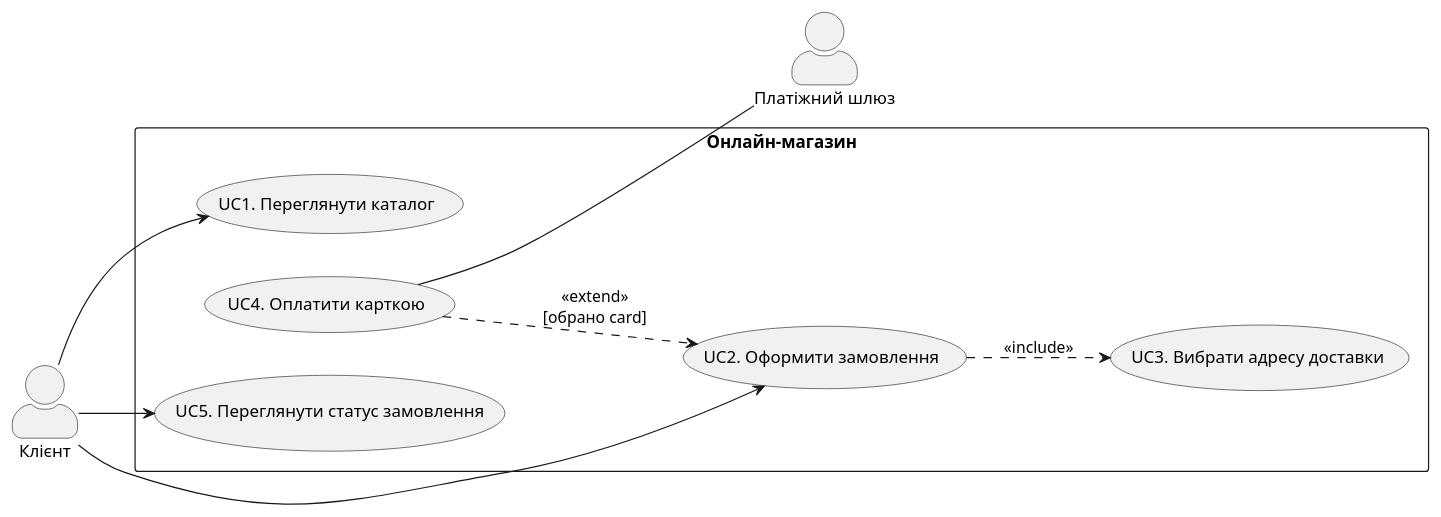
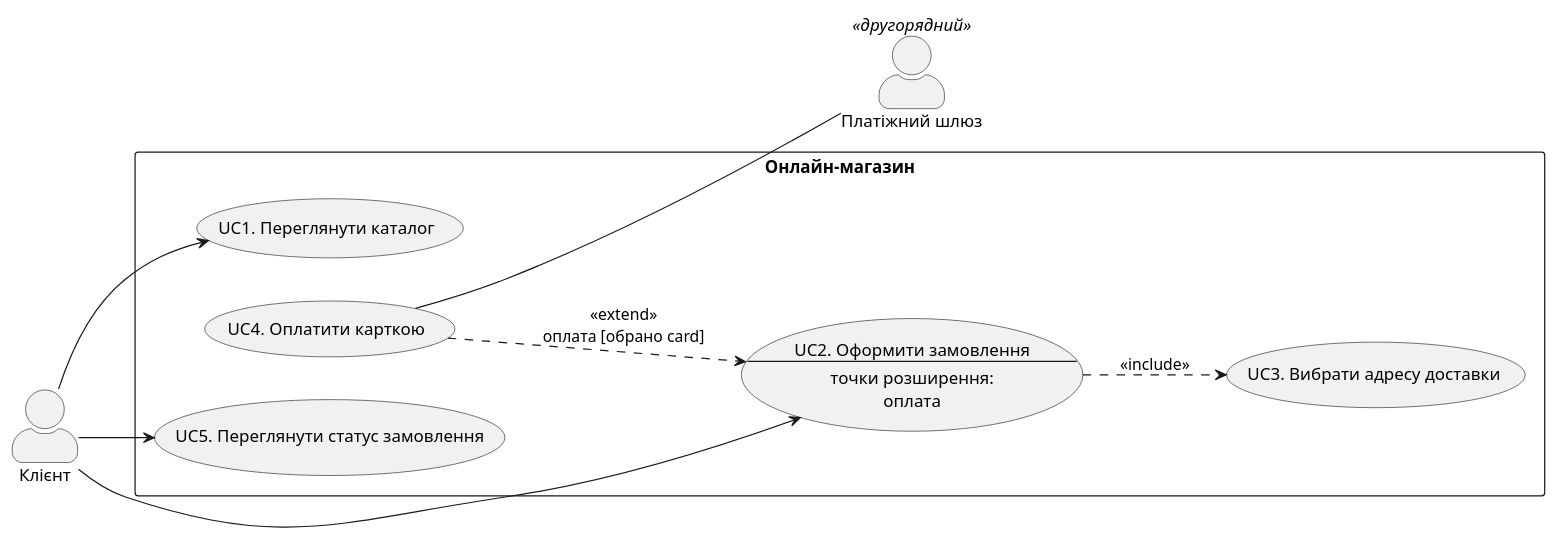
The diagram in lab2/diagrams/uc-diagram.puml (piximeow/KPI), drawn with PlantUML before and after one commit. The commit also changed 6 other files, not shown here.

```diff
--- a/lab2/diagrams/uc-diagram.puml
+++ b/lab2/diagrams/uc-diagram.puml
@@ -1,24 +1,27 @@
 @startuml uc-diagram
 left to right direction
 skinparam packageStyle rectangle
 skinparam actorStyle awesome
 
 actor "Клієнт" as C
-actor "Платіжний шлюз" as GW
+actor "Платіжний шлюз" as GW <<другорядний>>
 
 rectangle "Онлайн-магазин" {
   usecase "UC1. Переглянути каталог" as UC1
-  usecase "UC2. Оформити замовлення" as UC2
+  usecase UC2 as "UC2. Оформити замовлення
+--
+точки розширення:
+оплата"
   usecase "UC3. Вибрати адресу доставки" as UC3
   usecase "UC4. Оплатити карткою" as UC4
   usecase "UC5. Переглянути статус замовлення" as UC5
 }
 
 C --> UC1
 C --> UC2
 C --> UC5
 UC4 -- GW
 
 UC2 ..> UC3 : <<include>>
-UC4 ..> UC2 : <<extend>>\n[обрано card]
+UC4 ..> UC2 : <<extend>>\nоплата [обрано card]
 @enduml
```
